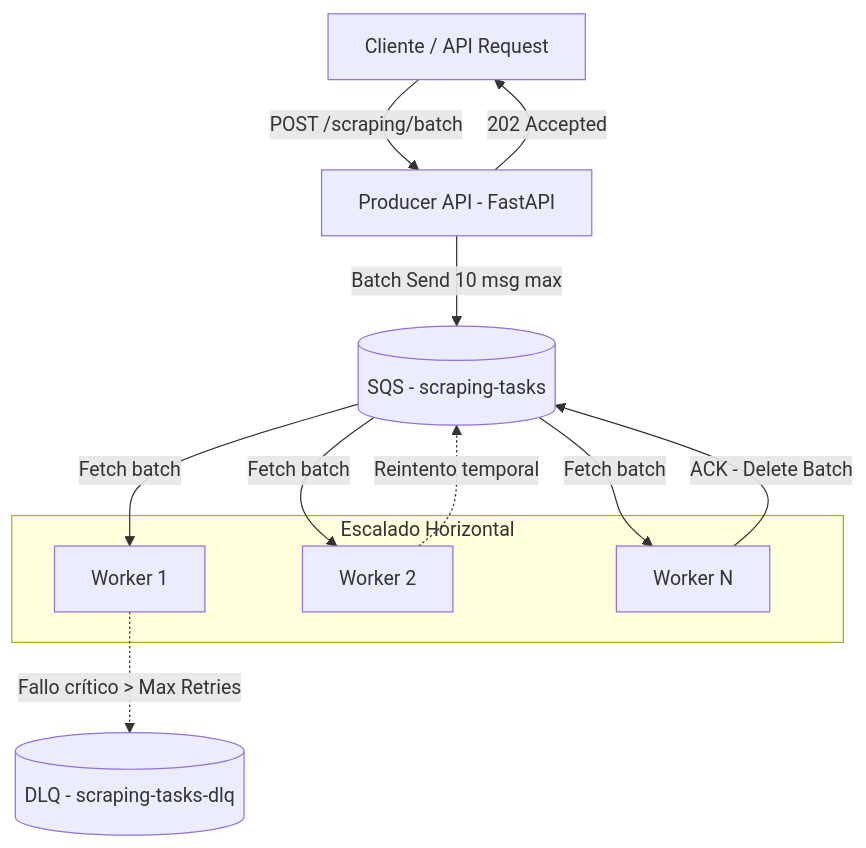
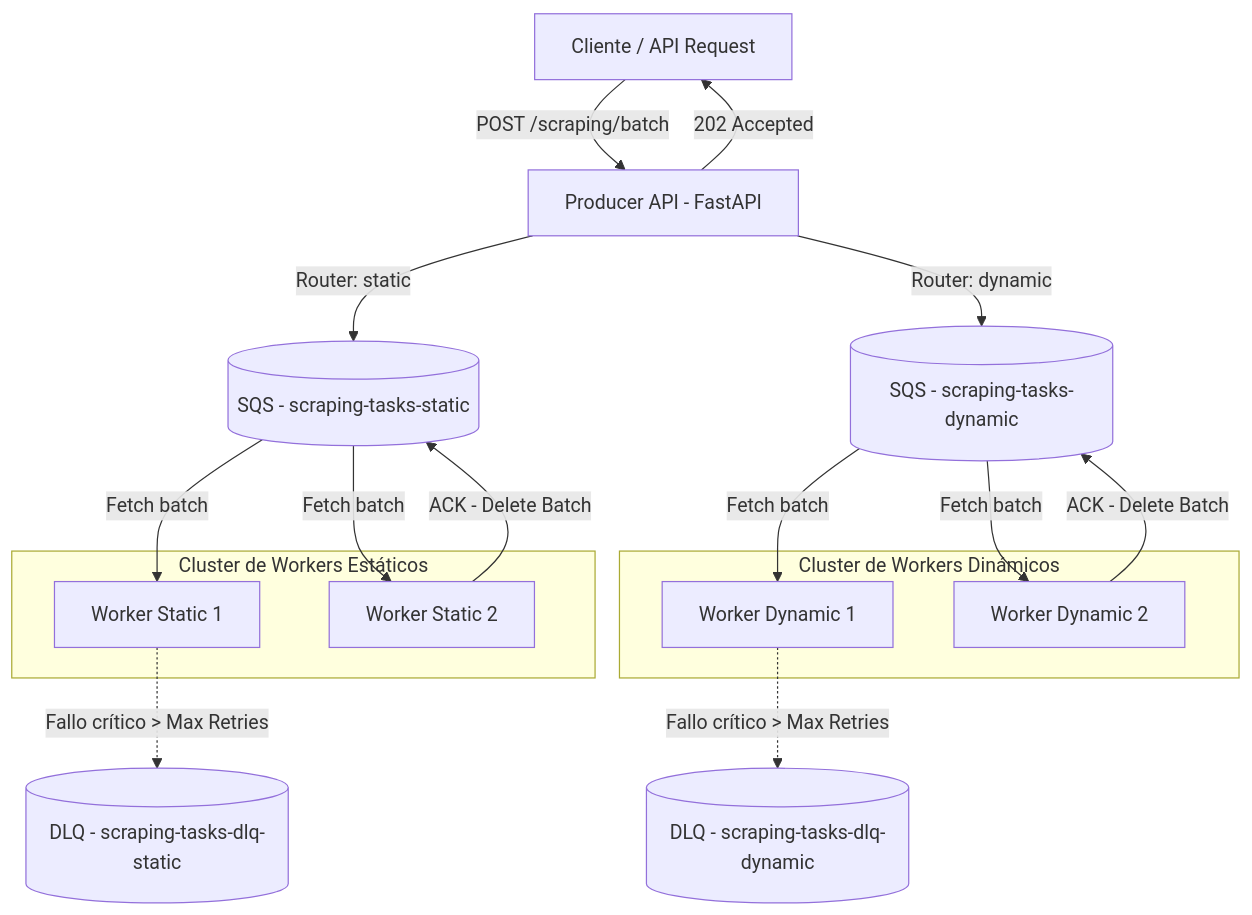
Before and after one commit to ArturoCarrilloJimenez/WebScrapingDistributed: the diagram in README.md, drawn with Mermaid. The commit also changed other lines of this file and 4 other files, not shown here.

````diff
--- a/README.md
+++ b/README.md
@@ -35,20 +35,30 @@
 ```mermaid
 graph TD
     Client[Cliente / API Request] -->|POST /scraping/batch| Producer[Producer API - FastAPI]
     Producer -->|202 Accepted| Client
-    Producer -->|Batch Send 10 msg max| SQS[(SQS - scraping-tasks)]
     
-    subgraph Cluster de Workers [Escalado Horizontal]
-        Worker1[Worker 1]
-        Worker2[Worker 2]
-        WorkerN[Worker N]
+    Producer -->|Router: static| SQSStatic[(SQS - scraping-tasks-static)]
+    Producer -->|Router: dynamic| SQSDynamic[(SQS - scraping-tasks-dynamic)]
+    
+    subgraph Cluster de Workers Estáticos
+        WorkerS1[Worker Static 1]
+        WorkerS2[Worker Static 2]
     end
 
-    SQS -->|Fetch batch| Worker1
-    SQS -->|Fetch batch| Worker2
-    SQS -->|Fetch batch| WorkerN
+    subgraph Cluster de Workers Dinámicos
+        WorkerD1[Worker Dynamic 1]
+        WorkerD2[Worker Dynamic 2]
+    end
 
-    Worker1 -.->|Fallo crítico > Max Retries| DLQ[(DLQ - scraping-tasks-dlq)]
-    Worker2 -.->|Reintento temporal| SQS
-    WorkerN -->|ACK - Delete Batch| SQS
+    SQSStatic -->|Fetch batch| WorkerS1
+    SQSStatic -->|Fetch batch| WorkerS2
+    
+    SQSDynamic -->|Fetch batch| WorkerD1
+    SQSDynamic -->|Fetch batch| WorkerD2
+
+    WorkerS1 -.->|Fallo crítico > Max Retries| DLQStatic[(DLQ - scraping-tasks-dlq-static)]
+    WorkerD1 -.->|Fallo crítico > Max Retries| DLQDynamic[(DLQ - scraping-tasks-dlq-dynamic)]
+    
+    WorkerS2 -->|ACK - Delete Batch| SQSStatic
+    WorkerD2 -->|ACK - Delete Batch| SQSDynamic
 ```
````
